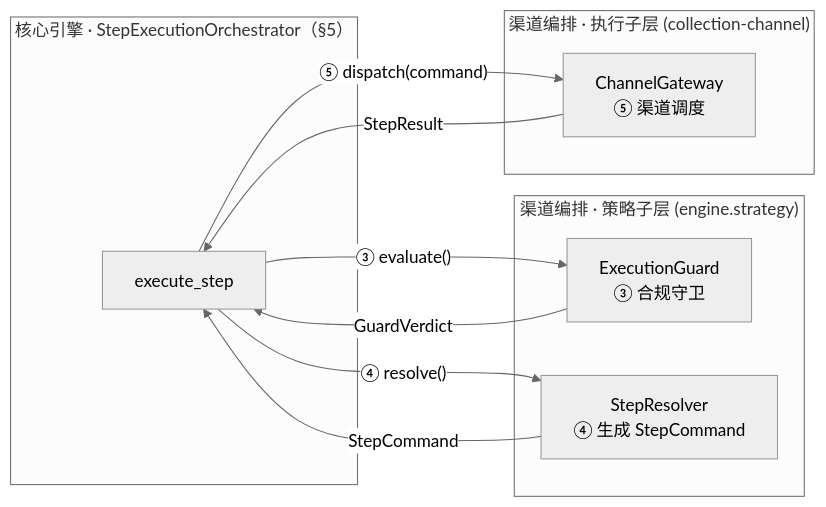
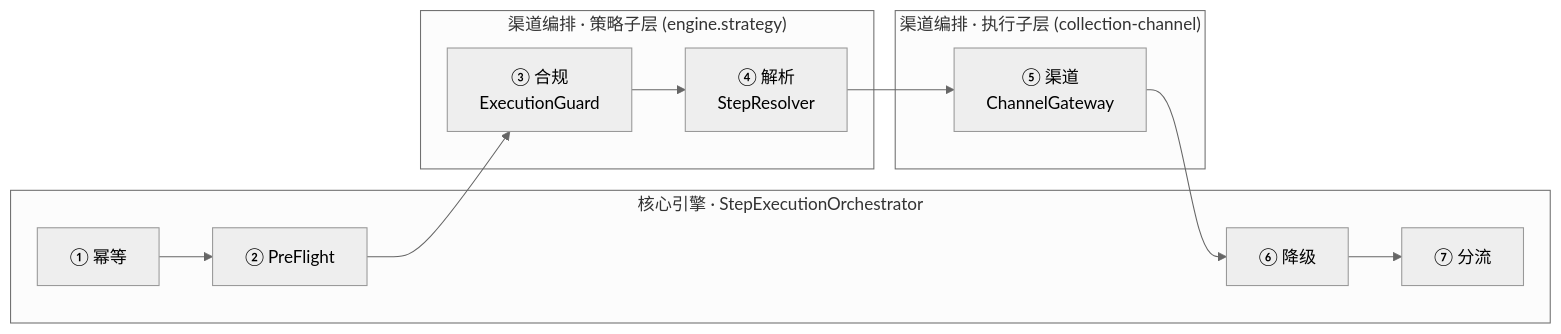
The first of 6 diagrams in docs/MOCASA催收系统升级_Phase1_核心引擎规格.md (katherineliu2102/Intelligent-Collection-V1), drawn with Mermaid (neutral theme) before and after one commit. The commit also changed other lines of this file and 222 other files, not shown here.

````diff
--- a/docs/MOCASA催收系统升级_Phase1_核心引擎规格.md
+++ b/docs/MOCASA催收系统升级_Phase1_核心引擎规格.md
@@ -61,22 +69,20 @@
 ```mermaid
 flowchart LR
-    subgraph engine["核心引擎 · StepExecutionOrchestrator（§5）"]
-        O["execute_step"]
+    subgraph engine["核心引擎 · StepExecutionOrchestrator"]
+        S1["① 幂等"]
+        S2["② PreFlight"]
+        S6["⑥ 降级"]
+        S7["⑦ 分流"]
     end
 
     subgraph strategy["渠道编排 · 策略子层 (engine.strategy)"]
-        EG["ExecutionGuard<br/>③ 合规守卫"]
-        SR["StepResolver<br/>④ 生成 StepCommand"]
+        S3["③ 合规<br/>ExecutionGuard"]
+        S4["④ 解析<br/>StepResolver"]
     end
 
     subgraph exec["渠道编排 · 执行子层 (collection-channel)"]
-        CG["ChannelGateway<br/>⑤ 渠道调度"]
+        S5["⑤ 渠道<br/>ChannelGateway"]
     end
 
-    O -->|"③ evaluate()"| EG
-    EG -->|"GuardVerdict"| O
-    O -->|"④ resolve()"| SR
-    SR -->|"StepCommand"| O
-    O -->|"⑤ dispatch(command)"| CG
-    CG -->|"StepResult"| O
+    S1 --> S2 --> S3 --> S4 --> S5 --> S6 --> S7
 ```
````
